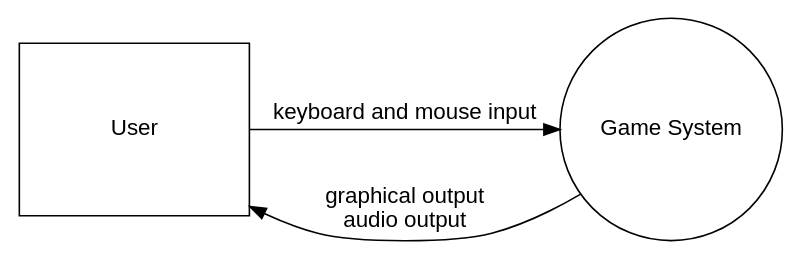
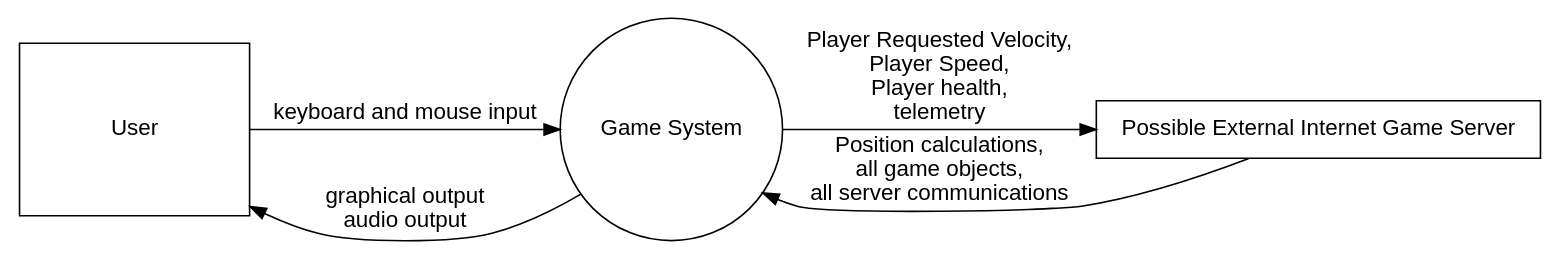
Before and after one commit to Avnzx/AZ-1: the diagram in Documentation/parta/context.dot, drawn with Graphviz. The commit also changed 7 other files, not shown here.

```diff
--- a/Documentation/parta/context.dot
+++ b/Documentation/parta/context.dot
@@ -1,14 +1,18 @@
 digraph G {
   fontname="Source Code Variable,sans-serif"
   fontsize=12
   node [fontname="Source Code Variable,sans-serif",]
   edge [fontname="Source Code Variable,sans-serif"]
   layout=dot
  
   usr [label="User",shape="rectangle",height="1.5",width="2"]
   game [label="Game System",shape="circle"]
-  {rank = same; usr; game;}
+  esrv [label="Possible External Internet Game Server", shape="rectangle"]
+  {rank = same; usr; game; esrv;}
 
   usr -> game [label="keyboard and mouse input"]
   game -> usr [label="\n\ngraphical output\n audio output"]
+  game -> esrv [label="Player Requested Velocity, \n Player Speed, \n Player health, \n telemetry"]
+  esrv -> game [label="Position calculations, \n all game objects, \n all server communications"]
+
 }
```
